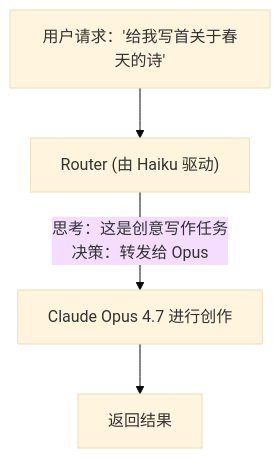
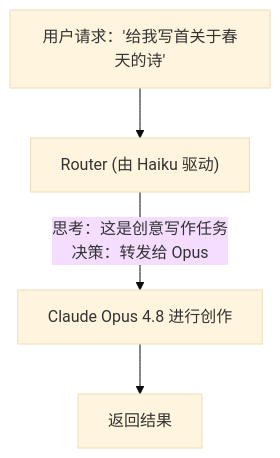
One commit to yeasy/claude_guide changed the second of 2 diagrams in 01_intro/1.4_model_selection.md. Above: the diagram before and after it, drawn with Mermaid (base theme). The commit also changed other lines of this file and 4 other files, not shown here.

````diff
--- a/01_intro/1.4_model_selection.md
+++ b/01_intro/1.4_model_selection.md
@@ -93,6 +93,6 @@
 ```mermaid
 graph TD
     User["用户请求：'给我写首关于春天的诗'"] --> Router["Router (由 Haiku 驱动)"]
-    Router -- "思考：这是创意写作任务<br>决策：转发给 Opus" --> Worker["Claude Opus 4.7 进行创作"]
+    Router -- "思考：这是创意写作任务<br>决策：转发给 Opus" --> Worker["Claude Opus 4.8 进行创作"]
     Worker --> Result["返回结果"]
 ```
````
